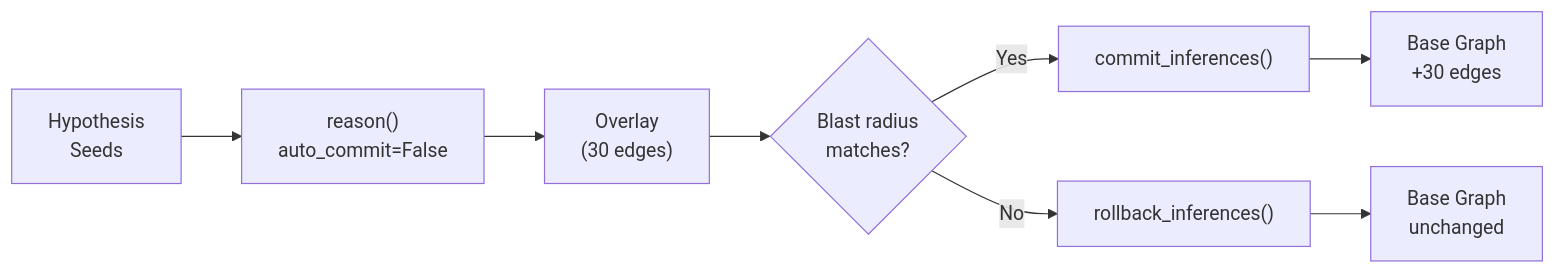
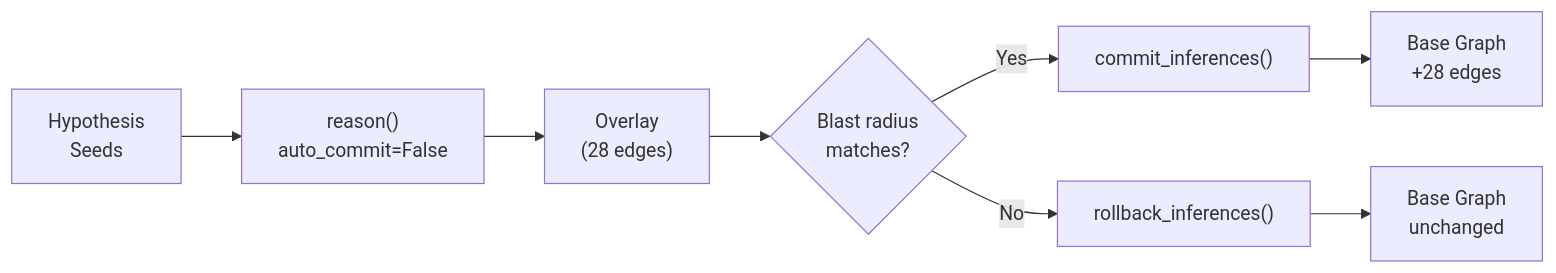
One commit to antquinonez/Hyper3 changed the second of 2 diagrams in examples/showcase/workflow/overlay_commit_rollback/README.md. Above: the diagram before and after it, drawn with Mermaid. The commit also changed other lines of this file and 11 other files, not shown here.

````diff
--- a/examples/showcase/workflow/overlay_commit_rollback/README.md
+++ b/examples/showcase/workflow/overlay_commit_rollback/README.md
@@ -405,10 +497,10 @@
 ```mermaid
 flowchart LR
     H["Hypothesis\nSeeds"] --> R["reason()\nauto_commit=False"]
-    R --> O["Overlay\n(30 edges)"]
+    R --> O["Overlay\n(28 edges)"]
     O --> E{"Blast radius\nmatches?"}
     E -->|Yes| C["commit_inferences()"]
     E -->|No| RB["rollback_inferences()"]
-    C --> BG["Base Graph\n+30 edges"]
+    C --> BG["Base Graph\n+28 edges"]
     RB --> BG2["Base Graph\nunchanged"]
 ```
````
